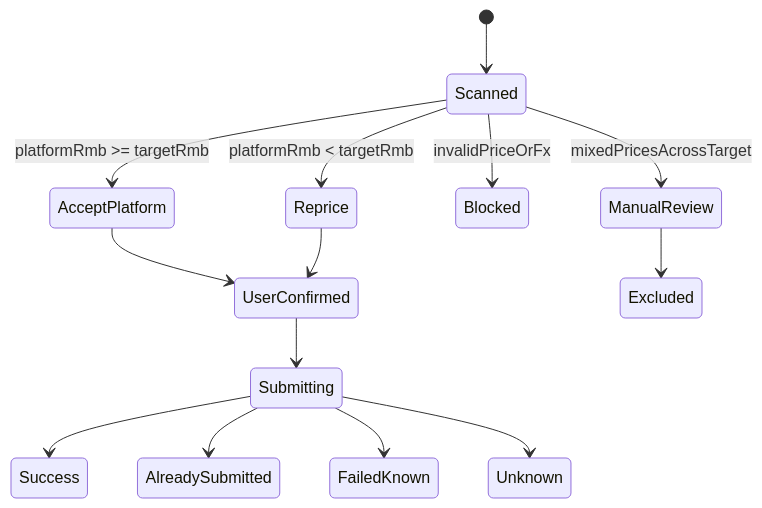
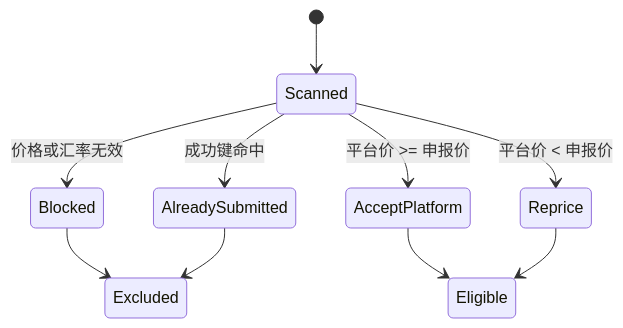
The second of 2 diagrams in temu-operations/price-checker/docs/TECHNICAL_DESIGN.md (leboy77/chatgpt-projects), drawn with Mermaid before and after one commit. The commit also changed other lines of this file and 170 other files, not shown here.

````diff
--- a/temu-operations/price-checker/docs/TECHNICAL_DESIGN.md
+++ b/temu-operations/price-checker/docs/TECHNICAL_DESIGN.md
@@ -179,16 +291,12 @@
 ```mermaid
 stateDiagram-v2
   [*] --> Scanned
-  Scanned --> AcceptPlatform: platformRmb >= targetRmb
-  Scanned --> Reprice: platformRmb < targetRmb
-  Scanned --> Blocked: invalidPriceOrFx
-  Scanned --> ManualReview: mixedPricesAcrossTarget
-  AcceptPlatform --> UserConfirmed
-  Reprice --> UserConfirmed
-  ManualReview --> Excluded
-  UserConfirmed --> Submitting
-  Submitting --> Success
-  Submitting --> AlreadySubmitted
-  Submitting --> FailedKnown
-  Submitting --> Unknown
+  Scanned --> Blocked: 价格或汇率无效
+  Scanned --> AlreadySubmitted: 成功键命中
+  Scanned --> AcceptPlatform: 平台价 >= 申报价
+  Scanned --> Reprice: 平台价 < 申报价
+  AcceptPlatform --> Eligible
+  Reprice --> Eligible
+  Blocked --> Excluded
+  AlreadySubmitted --> Excluded
 ```
````
